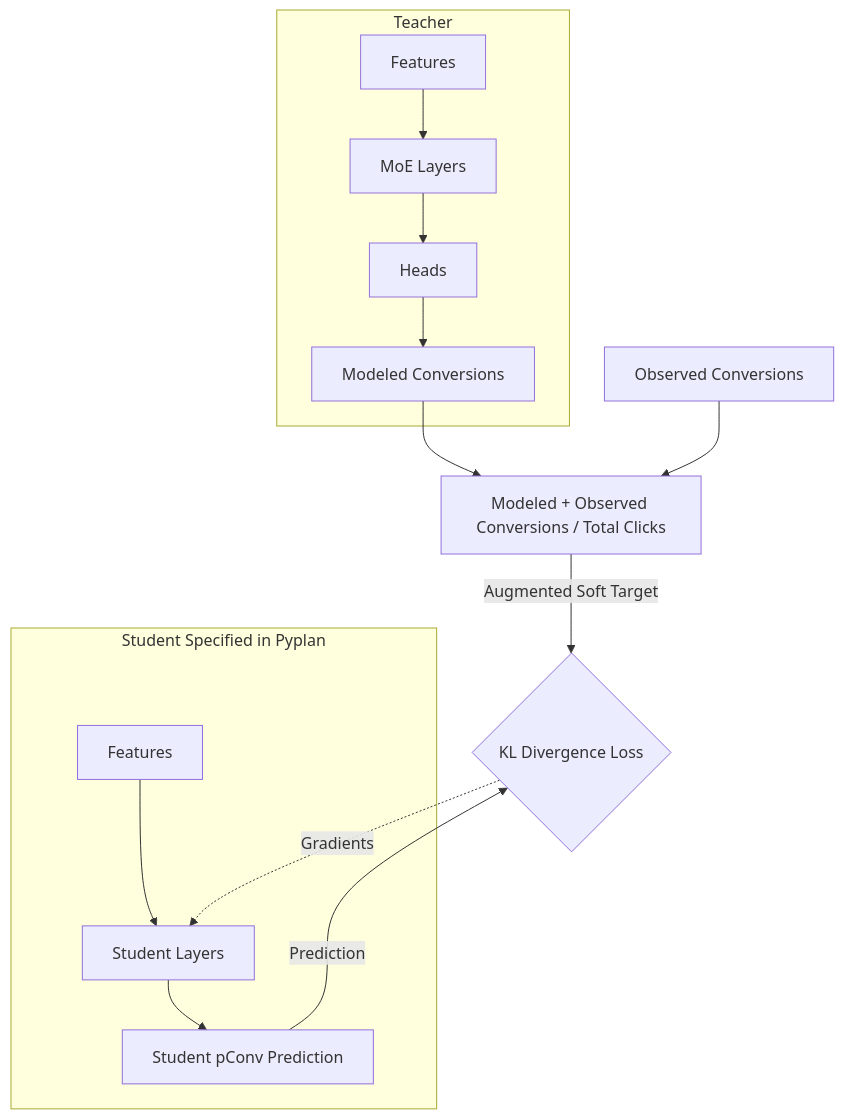
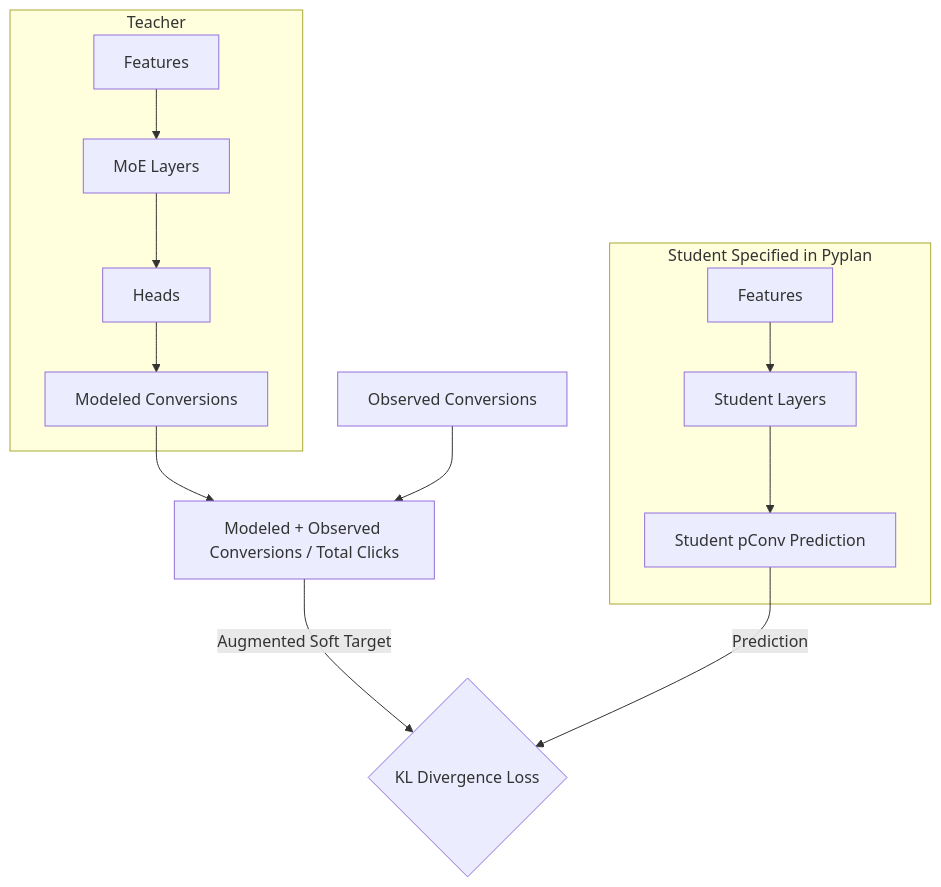
The first of 2 diagrams in README.md (COMS-E6998-final-project/COMS-E6998-final-project), drawn with Mermaid before and after one commit. The commit also changed other lines of this file, not shown here.

````diff
--- a/README.md
+++ b/README.md
@@ -122,29 +18,28 @@
 ```mermaid
 graph TD
     %% Teacher Path
     subgraph Teacher_Model [Teacher]
         T_Features[Features] --> T_Model[MoE Layers]
         T_Model --> T_Heads[Heads]
         T_Heads --> T_pConv[Modeled Conversions]
     end
 
     %% Student Path
     subgraph Student_Model [Student Specified in Pyplan]
         S_Features[Features] --> S_Model[Student Layers]
         S_Model --> S_pConv[Student pConv Prediction]
     end
 
     %% Data Input
     Observed[Observed Conversions]
 
     %% Label Construction & Loss
     T_pConv --> Total[Modeled + Observed Conversions / Total Clicks]
     Observed --> Total
     
     %% Loss Calculation
     Total -- "Augmented Soft Target" --> KL_Loss{KL Divergence Loss}
     S_pConv -- "Prediction" --> KL_Loss
 
     %% Feedback
-    KL_Loss -.->|Gradients| S_Model
 ```
````
